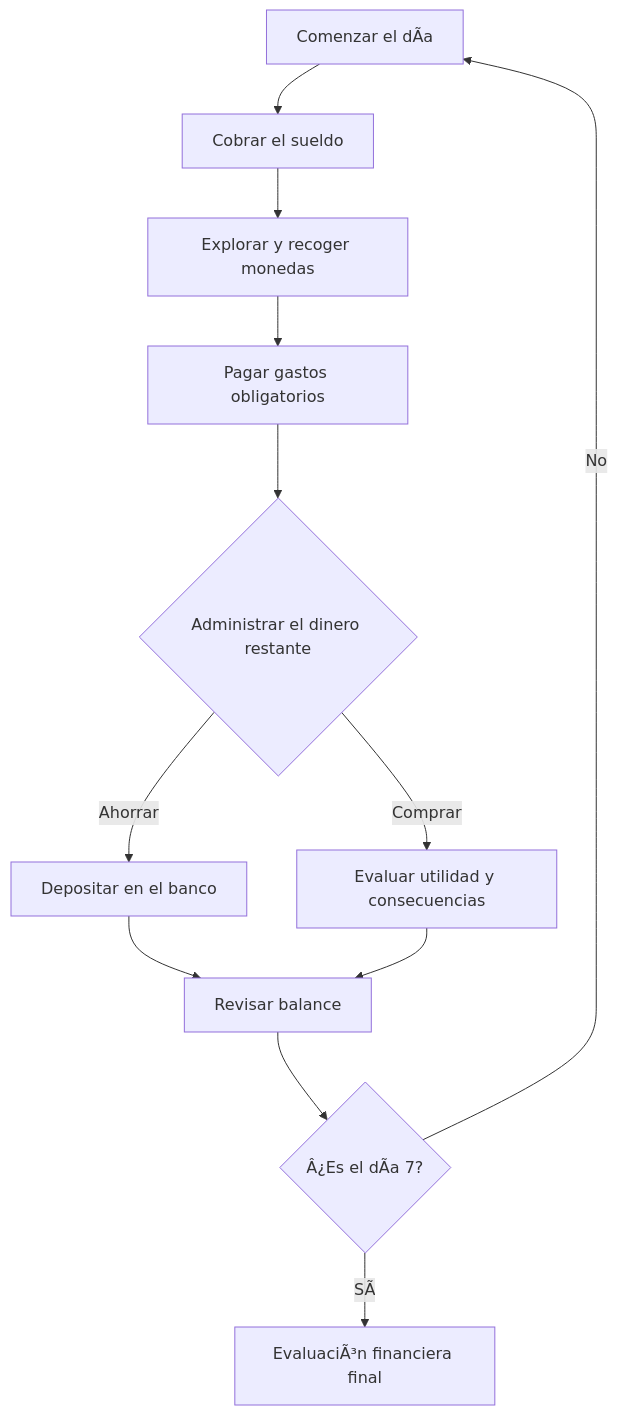
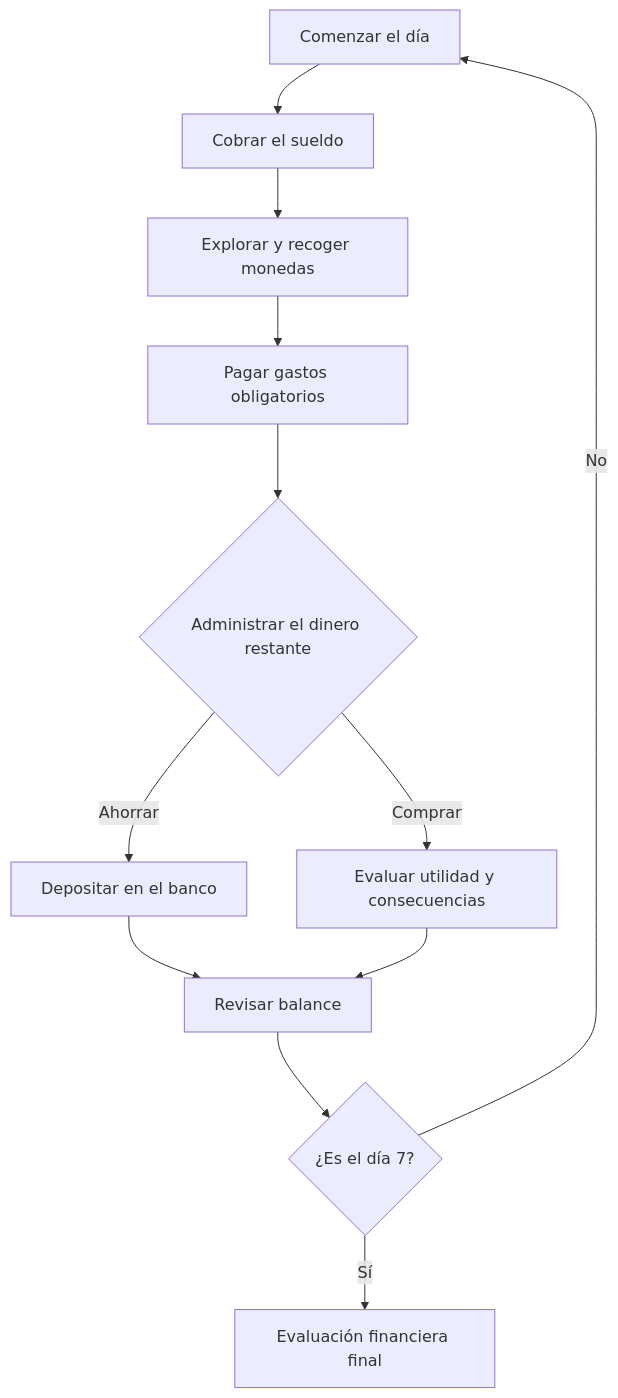
One commit to katfipol/game-development-portfolio changed the diagram in juegos/myeconomy/README.md. Above: the diagram before and after it, drawn with Mermaid. The commit also changed other lines of this file, not shown here.

````diff
--- a/juegos/myeconomy/README.md
+++ b/juegos/myeconomy/README.md
@@ -70,14 +70,14 @@
 ```mermaid
 flowchart TD
-    A[Comenzar el dÃ­a] --> B[Cobrar el sueldo]
+    A[Comenzar el día] --> B[Cobrar el sueldo]
     B --> C[Explorar y recoger monedas]
     C --> D[Pagar gastos obligatorios]
     D --> E{Administrar el dinero restante}
     E -->|Ahorrar| F[Depositar en el banco]
     E -->|Comprar| G[Evaluar utilidad y consecuencias]
     F --> H[Revisar balance]
     G --> H
-    H --> I{Â¿Es el dÃ­a 7?}
+    H --> I{¿Es el día 7?}
     I -->|No| A
-    I -->|SÃ­| J[EvaluaciÃ³n financiera final]
+    I -->|Sí| J[Evaluación financiera final]
 ```
````
